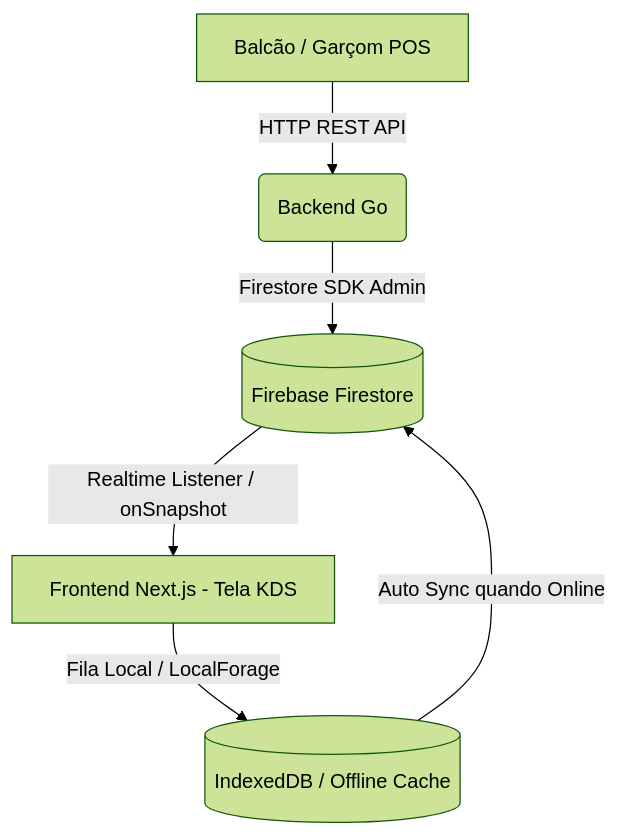
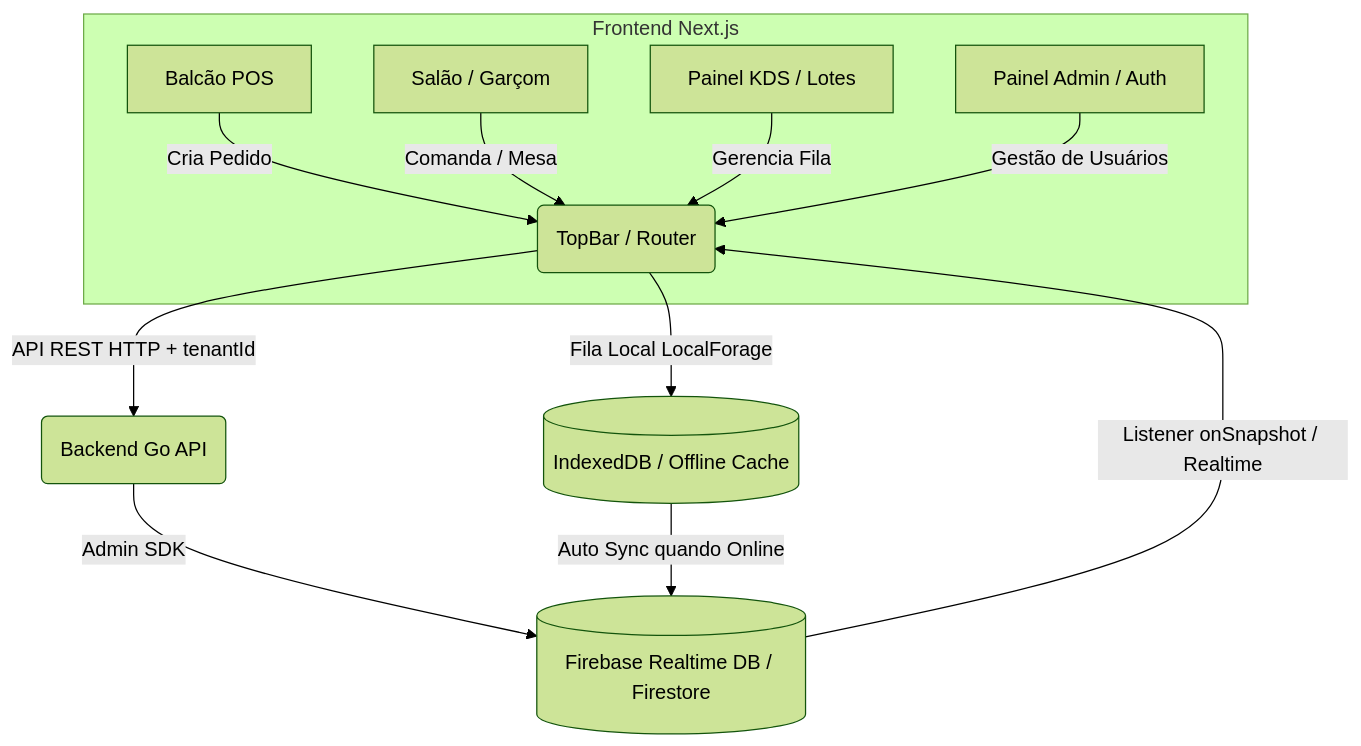
One commit to pedrolpsilva/kitchenSoft changed the diagram in README.md. Above: the diagram before and after it, drawn with Mermaid (forest theme). The commit also changed other lines of this file and 47 other files, not shown here.

Commit message:
Adições de banco do Firebase (Realtime Database, Authentication, Hosting, Analytics)

````diff
--- a/README.md
+++ b/README.md
@@ -22,8 +24,15 @@
 ```mermaid
 graph TD
-    A[Balcão / Garçom POS] -->|HTTP REST API| B(Backend Go)
-    B -->|Firestore SDK Admin| C[(Firebase Firestore)]
-    C -->|Realtime Listener / onSnapshot| D[Frontend Next.js - Tela KDS]
-    D -->|Fila Local / LocalForage| E[(IndexedDB / Offline Cache)]
-    E -->|Auto Sync quando Online| C
+    subgraph Frontend Next.js
+        A[Balcão POS] -->|Cria Pedido| B(TopBar / Router)
+        C[Salão / Garçom] -->|Comanda / Mesa| B
+        D[Painel KDS / Lotes] -->|Gerencia Fila| B
+        E[Painel Admin / Auth] -->|Gestão de Usuários| B
+    end
+
+    B -->|API REST HTTP + tenantId| F(Backend Go API)
+    F -->|Admin SDK| G[(Firebase Realtime DB / Firestore)]
+    G -->|Listener onSnapshot / Realtime| B
+    B -->|Fila Local LocalForage| H[(IndexedDB / Offline Cache)]
+    H -->|Auto Sync quando Online| G
 ```
````
